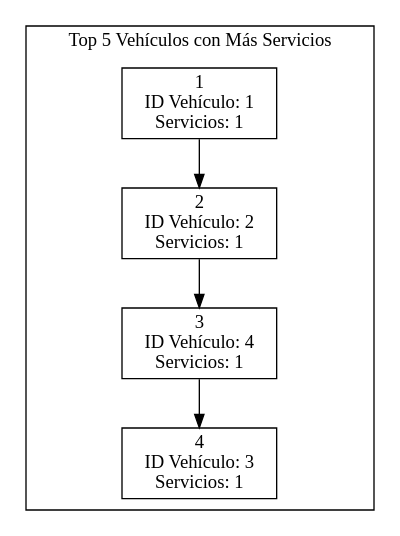
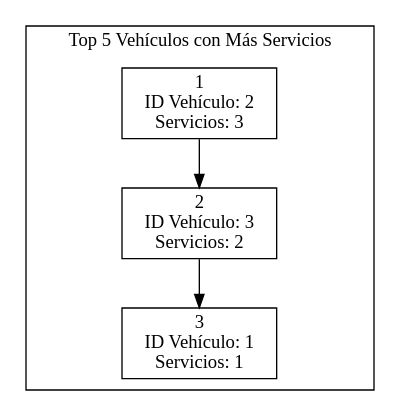
Before and after one commit to Farot30/-EDD-1S2025_202307820: the diagram in Fase#1/Graficas/Top5VehiculosmasServicio.dot, drawn with Graphviz. The commit also changed 26 other files, not shown here.

```diff
--- a/Fase#1/Graficas/Top5VehiculosmasServicio.dot
+++ b/Fase#1/Graficas/Top5VehiculosmasServicio.dot
@@ -1,14 +1,12 @@
 digraph G {
 rankdir=TB;
 node [shape=record];
 subgraph cluster_Top5Vehiculos {
 label = "Top 5 Vehículos con Más Servicios";
-"Vehiculo_1" [label="1\nID Vehículo: 1\nServicios: 1"];
-"Vehiculo_1" -> "Vehiculo_2";
-"Vehiculo_2" [label="2\nID Vehículo: 2\nServicios: 1"];
-"Vehiculo_2" -> "Vehiculo_4";
-"Vehiculo_4" [label="3\nID Vehículo: 4\nServicios: 1"];
-"Vehiculo_4" -> "Vehiculo_3";
-"Vehiculo_3" [label="4\nID Vehículo: 3\nServicios: 1"];
+"Vehiculo_2" [label="1\nID Vehículo: 2\nServicios: 3"];
+"Vehiculo_2" -> "Vehiculo_3";
+"Vehiculo_3" [label="2\nID Vehículo: 3\nServicios: 2"];
+"Vehiculo_3" -> "Vehiculo_1";
+"Vehiculo_1" [label="3\nID Vehículo: 1\nServicios: 1"];
 }
 }
```
